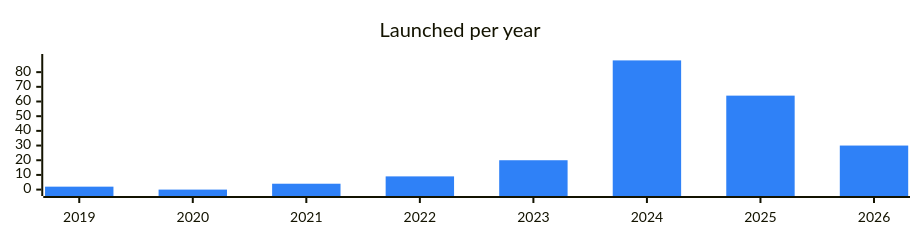
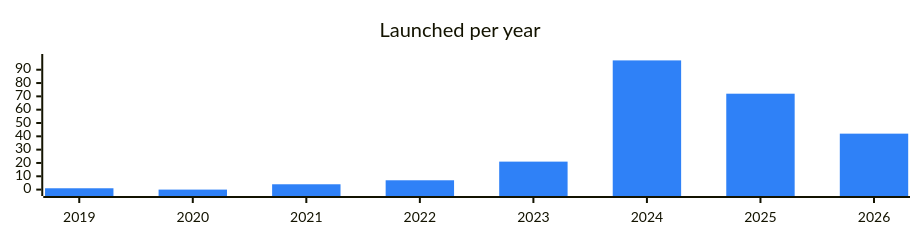
The diagram in categories/gambling.md (vitalikgpt/gram-ecosystem), drawn with Mermaid before and after one commit. The commit also changed other lines of this file and 69 other files, not shown here.

````diff
--- a/categories/gambling.md
+++ b/categories/gambling.md
@@ -7,7 +7,7 @@
 ```mermaid
 %%{init: {"xyChart": {"width": 900, "height": 220}, "themeVariables": {"xyChart": {"plotColorPalette": "#2f81f7"}}}}%%
 xychart-beta
   title "Launched per year"
   x-axis ["2019", "2020", "2021", "2022", "2023", "2024", "2025", "2026"]
-  bar [2, 0, 4, 9, 20, 88, 64, 30]
+  bar [1, 0, 4, 7, 21, 97, 72, 42]
 ```
````
